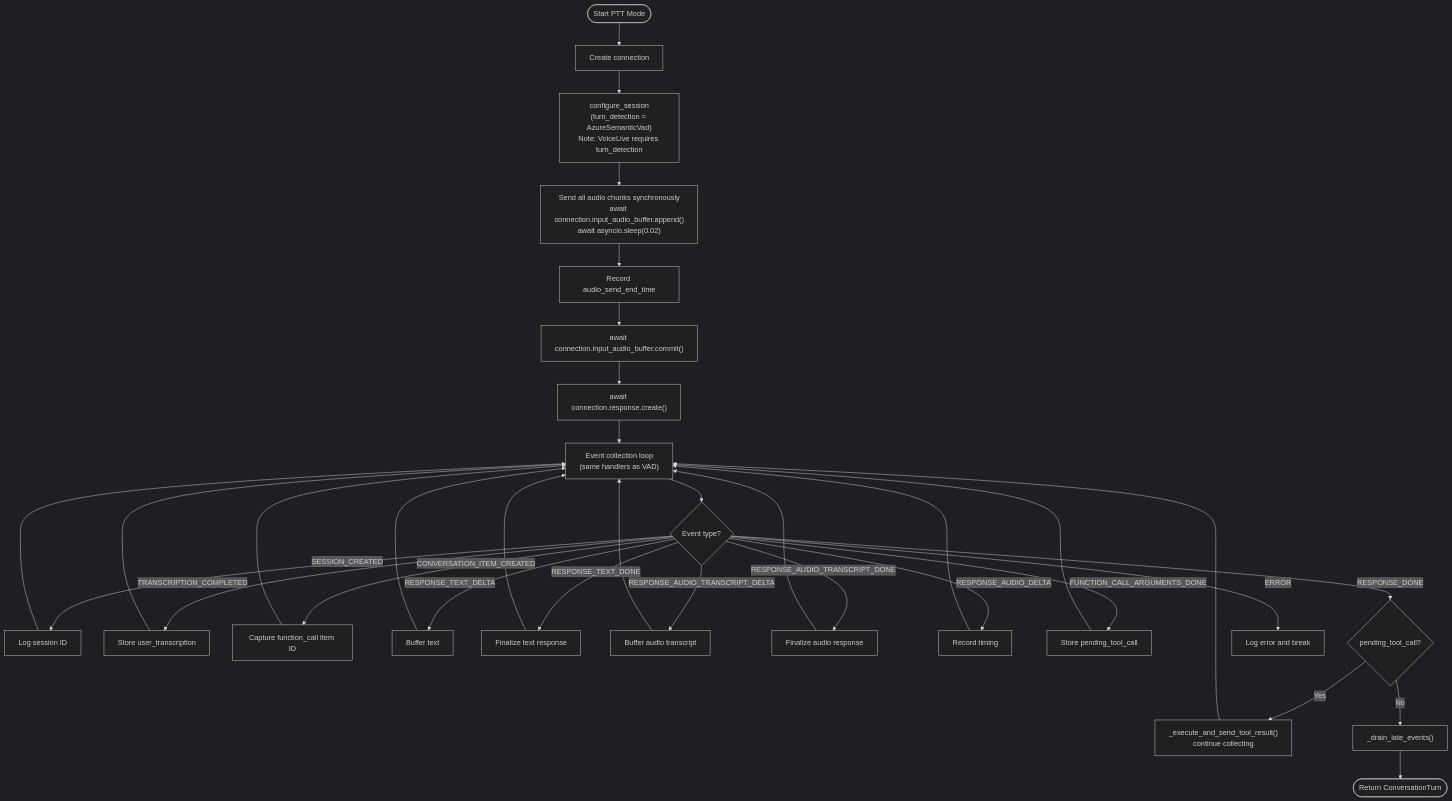
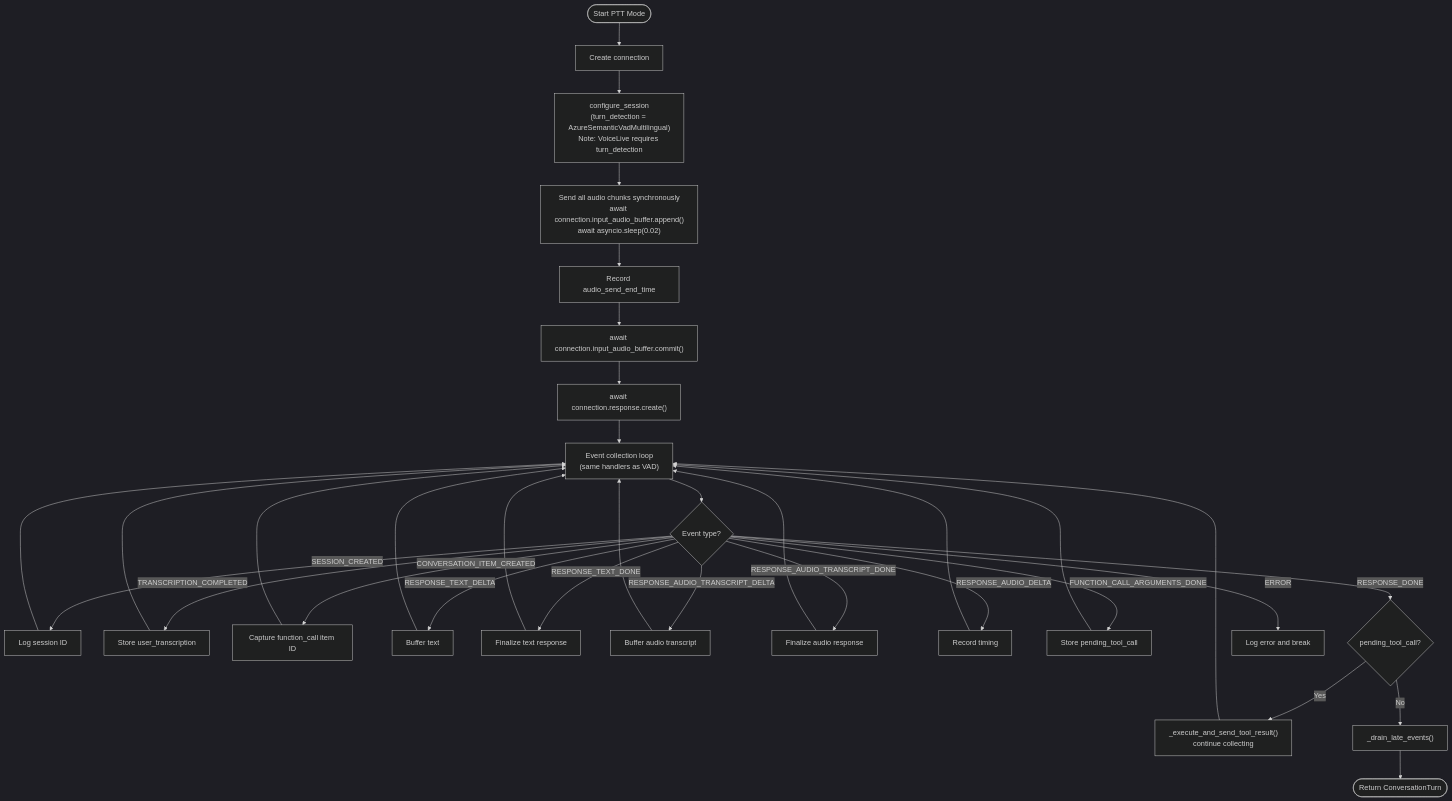
Before and after one commit to microsoft-foundry/voicelive-evaluation: the fourth of 7 diagrams in prototype_v1/ARCHITECTURE.md, drawn with Mermaid (dark theme). The commit also changed other lines of this file and 2 other files, not shown here.

First line of the commit message:
docs: fix VAD class name, add missing limitations, fix double-sleep bug

````diff
--- a/prototype_v1/ARCHITECTURE.md
+++ b/prototype_v1/ARCHITECTURE.md
@@ -117,38 +118,38 @@
 ```mermaid
 flowchart TD
     start([Start PTT Mode]) --> conn["Create connection"]
-    conn --> cfg["configure_session\n(turn_detection = AzureSemanticVad)\nNote: VoiceLive requires turn_detection"]
+    conn --> cfg["configure_session\n(turn_detection = AzureSemanticVadMultilingual)\nNote: VoiceLive requires turn_detection"]
     cfg --> send["Send all audio chunks synchronously\nawait connection.input_audio_buffer.append()\nawait asyncio.sleep(0.02)"]
     send --> timing["Record audio_send_end_time"]
     timing --> commit["await connection.input_audio_buffer.commit()"]
     commit --> create["await connection.response.create()"]
     create --> events["Event collection loop\n(same handlers as VAD)"]
 
     events --> check{Event type?}
     check --> |SESSION_CREATED| log1["Log session ID"]
     check --> |TRANSCRIPTION_COMPLETED| store_tx["Store user_transcription"]
     check --> |CONVERSATION_ITEM_CREATED| capture_id["Capture function_call item ID"]
     check --> |RESPONSE_TEXT_DELTA| buf_text["Buffer text"]
     check --> |RESPONSE_TEXT_DONE| fin_text["Finalize text response"]
     check --> |RESPONSE_AUDIO_TRANSCRIPT_DELTA| buf_audio["Buffer audio transcript"]
     check --> |RESPONSE_AUDIO_TRANSCRIPT_DONE| fin_audio["Finalize audio response"]
     check --> |RESPONSE_AUDIO_DELTA| rec_time["Record timing"]
     check --> |FUNCTION_CALL_ARGUMENTS_DONE| store_tool["Store pending_tool_call"]
     check --> |RESPONSE_DONE| done_check{"pending_tool_call?"}
     check --> |ERROR| err["Log error and break"]
 
     done_check --> |Yes| exec_tool["_execute_and_send_tool_result()\ncontinue collecting"]
     done_check --> |No| drain["_drain_late_events()"]
     drain --> ret([Return ConversationTurn])
 
     log1 --> events
     store_tx --> events
     capture_id --> events
     buf_text --> events
     fin_text --> events
     buf_audio --> events
     fin_audio --> events
     rec_time --> events
     store_tool --> events
     exec_tool --> events
 ```
````
